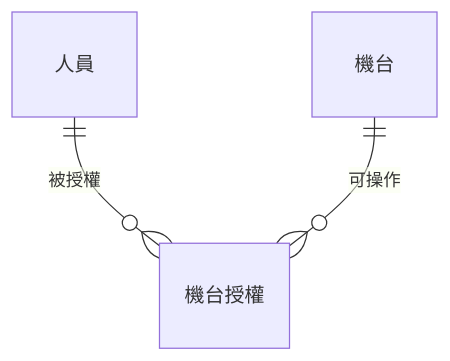
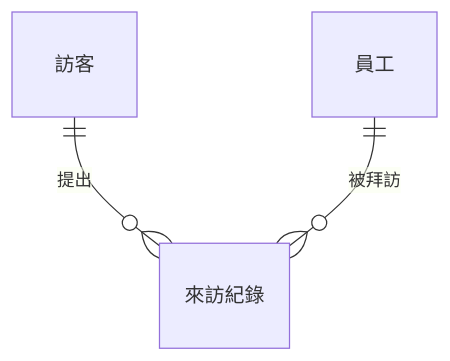
Before and after one commit to billy1125/system-analysis-and-design: the first of 2 diagrams in 01-Course-Materials/07-Data-Modeling.md, drawn with Mermaid. The commit also changed other lines of this file and 30 other files, not shown here.

````diff
--- a/01-Course-Materials/07-Data-Modeling.md
+++ b/01-Course-Materials/07-Data-Modeling.md
@@ -88,5 +88,5 @@
 ```mermaid
 erDiagram
-    人員 ||--o{ 機台授權 : "被授權"
-    機台 ||--o{ 機台授權 : "可操作"
+    訪客 ||--o{ 來訪紀錄 : "提出"
+    員工 ||--o{ 來訪紀錄 : "被拜訪"
 ```
````
